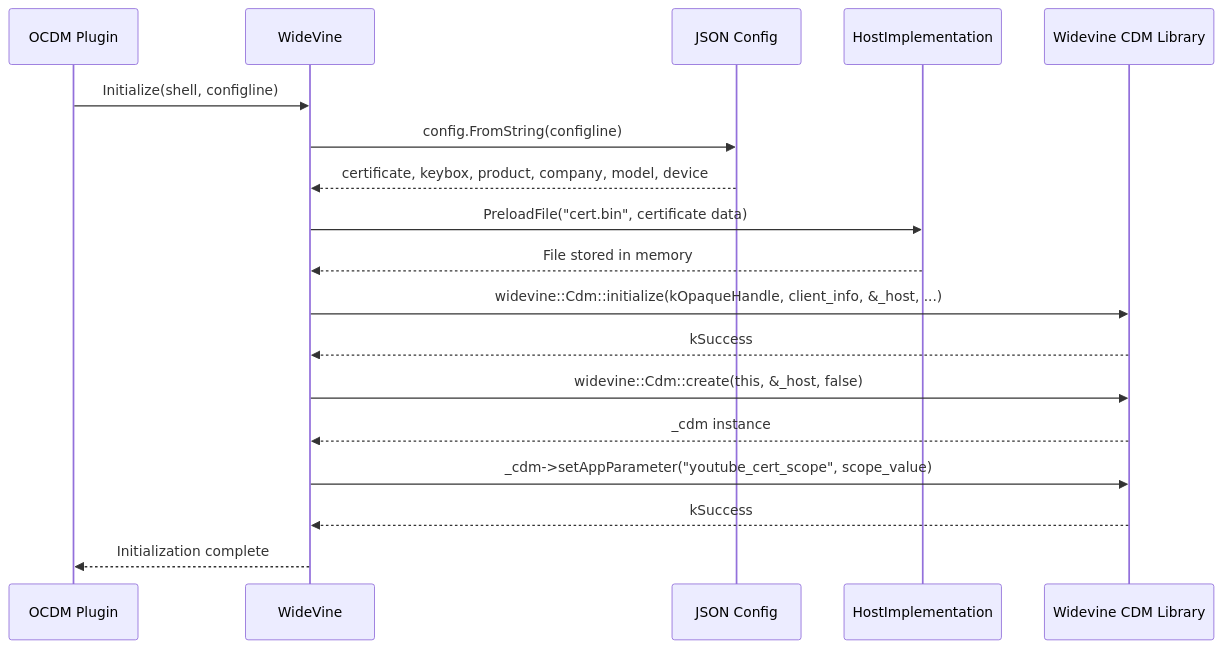
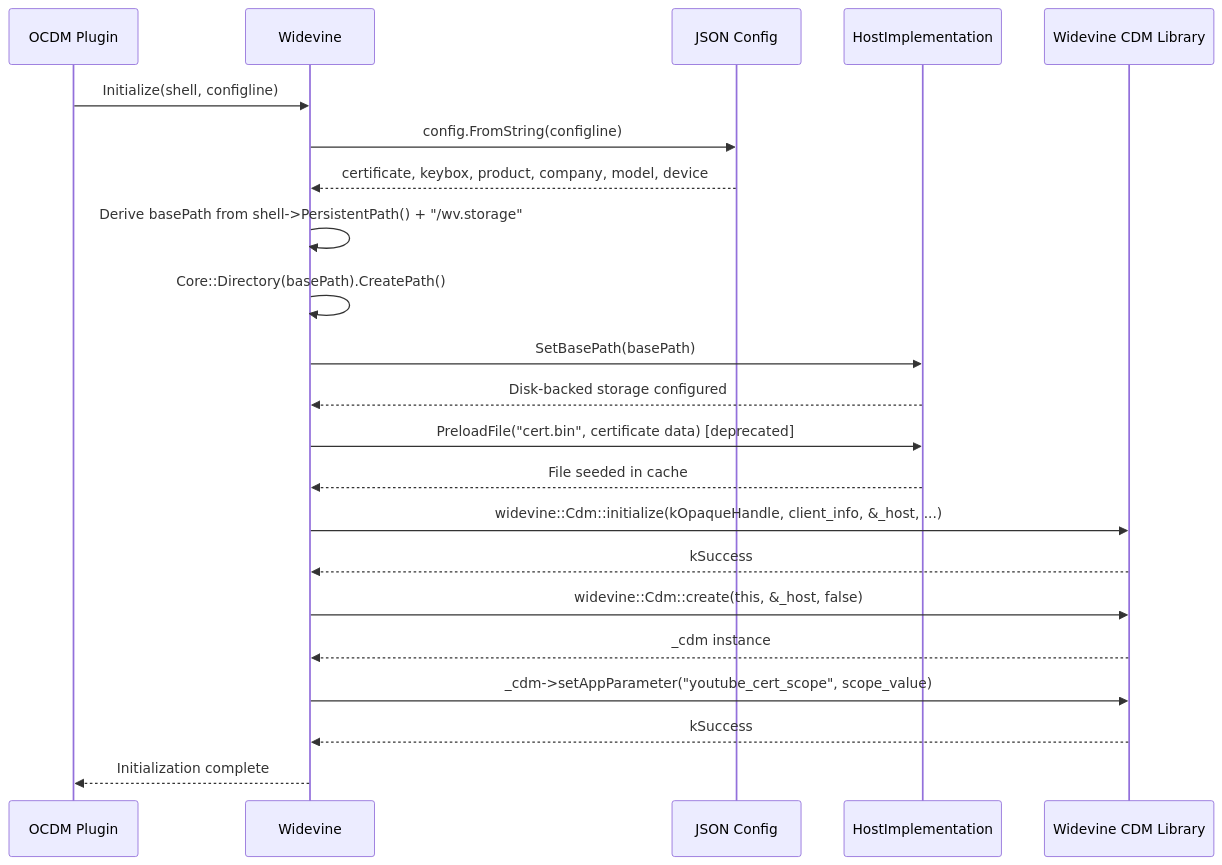
The fourth of 7 diagrams in docs/docu/RDKV-Documentations/widevine-rdk.md (rns21/RDK_Documentation), drawn with Mermaid before and after one commit. The commit also changed other lines of this file, not shown here.

Commit message:
Revise widevine documentation

````diff
--- a/docs/docu/RDKV-Documentations/widevine-rdk.md
+++ b/docs/docu/RDKV-Documentations/widevine-rdk.md
@@ -201,26 +203,31 @@
 ```mermaid
 sequenceDiagram
     participant OCDMPlugin as OCDM Plugin
-    participant WV as WideVine
+    participant WV as Widevine
     participant CFG as JSON Config
     participant HI as HostImplementation
     participant CDM as Widevine CDM Library
 
     OCDMPlugin->>WV: Initialize(shell, configline)
     WV->>CFG: config.FromString(configline)
     CFG-->>WV: certificate, keybox, product, company, model, device
 
-    WV->>HI: PreloadFile("cert.bin", certificate data)
-    HI-->>WV: File stored in memory
+    WV->>WV: Derive basePath from shell->PersistentPath() + "/wv.storage"
+    WV->>WV: Core::Directory(basePath).CreatePath()
+    WV->>HI: SetBasePath(basePath)
+    HI-->>WV: Disk-backed storage configured
+
+    WV->>HI: PreloadFile("cert.bin", certificate data) [deprecated]
+    HI-->>WV: File seeded in cache
 
     WV->>CDM: widevine::Cdm::initialize(kOpaqueHandle, client_info, &_host, ...)
     CDM-->>WV: kSuccess
 
     WV->>CDM: widevine::Cdm::create(this, &_host, false)
     CDM-->>WV: _cdm instance
 
     WV->>CDM: _cdm->setAppParameter("youtube_cert_scope", scope_value)
     CDM-->>WV: kSuccess
 
     WV-->>OCDMPlugin: Initialization complete
 ```
````
